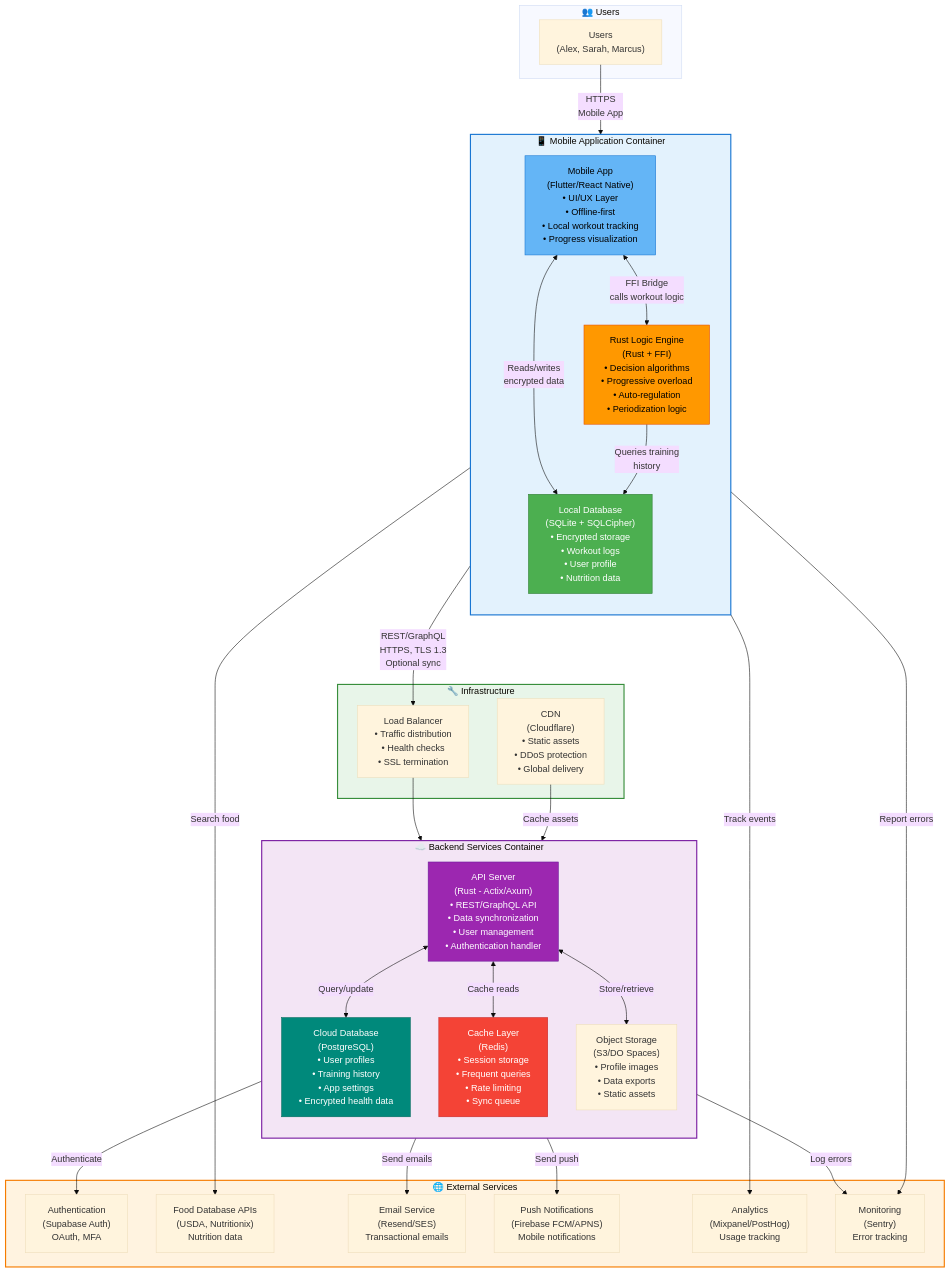
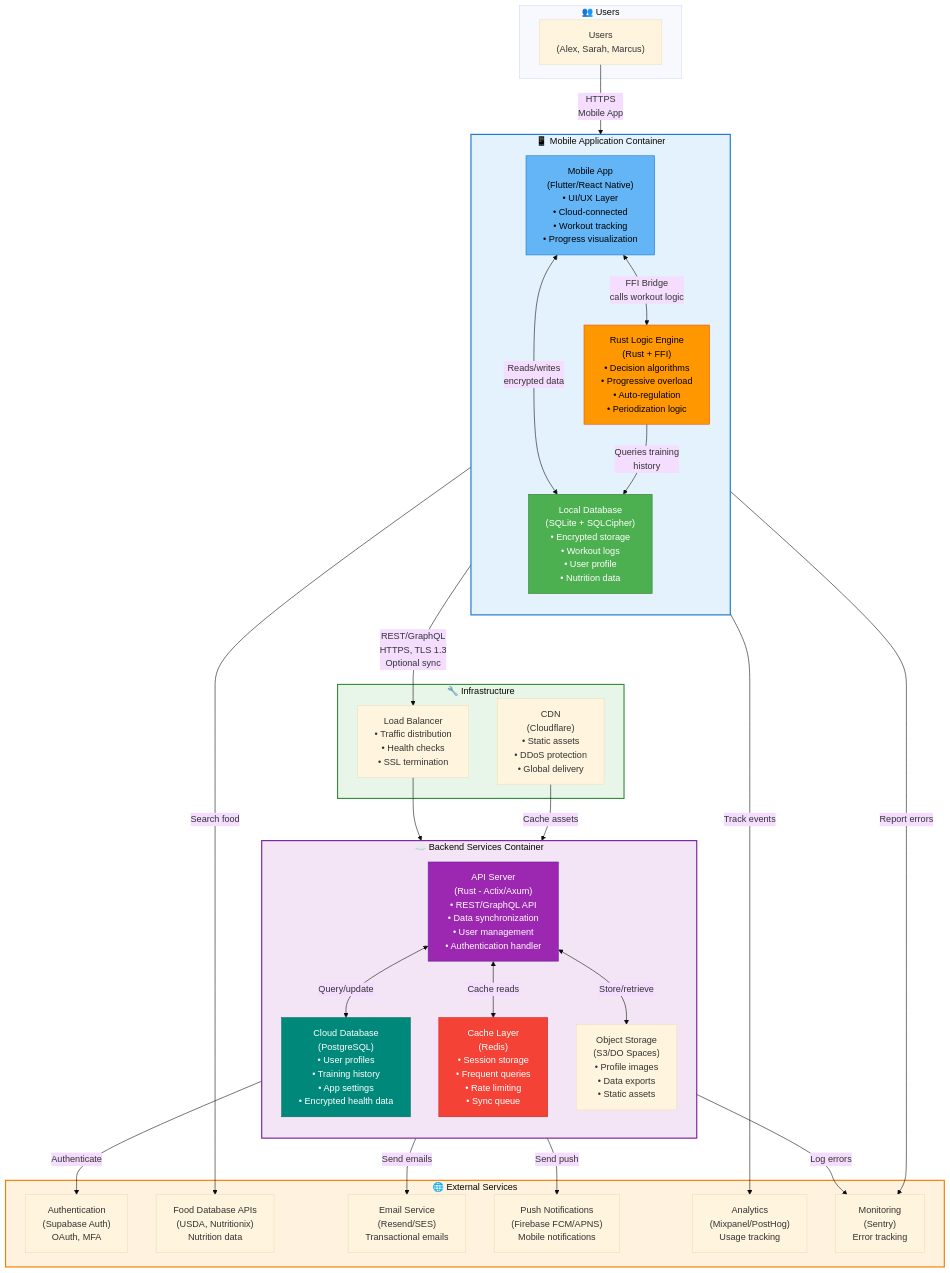
The second of 5 diagrams in docs/ARCHITECTURE_UML_C4_MODEL.md (Eip-LiftUp/LiftUp-EIP), drawn with Mermaid (base theme) before and after one commit. The commit also changed other lines of this file, not shown here.

Commit message:
Doc : Refactor architecture to cloud-centric model

````diff
--- a/docs/ARCHITECTURE_UML_C4_MODEL.md
+++ b/docs/ARCHITECTURE_UML_C4_MODEL.md
@@ -157,82 +157,82 @@
 ```mermaid
 graph TB
     subgraph Users["👥 Users"]
         User["Users<br/>(Alex, Sarah, Marcus)"]
     end
     
     subgraph Mobile["📱 Mobile Application Container"]
         direction TB
-        MobileApp["Mobile App<br/>(Flutter/React Native)<br/>• UI/UX Layer<br/>• Offline-first<br/>• Local workout tracking<br/>• Progress visualization"]
+        MobileApp["Mobile App<br/>(Flutter/React Native)<br/>• UI/UX Layer<br/>• Cloud-connected<br/>• Workout tracking<br/>• Progress visualization"]
         
         RustEngine["Rust Logic Engine<br/>(Rust + FFI)<br/>• Decision algorithms<br/>• Progressive overload<br/>• Auto-regulation<br/>• Periodization logic"]
         
         LocalDB["Local Database<br/>(SQLite + SQLCipher)<br/>• Encrypted storage<br/>• Workout logs<br/>• User profile<br/>• Nutrition data"]
         
         MobileApp <-->|"FFI Bridge<br/>calls workout logic"| RustEngine
         MobileApp <-->|"Reads/writes<br/>encrypted data"| LocalDB
         RustEngine -->|"Queries training<br/>history"| LocalDB
     end
     
     subgraph Backend["☁️ Backend Services Container"]
         direction TB
         API["API Server<br/>(Rust - Actix/Axum)<br/>• REST/GraphQL API<br/>• Data synchronization<br/>• User management<br/>• Authentication handler"]
         
         CloudDB["Cloud Database<br/>(PostgreSQL)<br/>• User profiles<br/>• Training history<br/>• App settings<br/>• Encrypted health data"]
         
         Cache["Cache Layer<br/>(Redis)<br/>• Session storage<br/>• Frequent queries<br/>• Rate limiting<br/>• Sync queue"]
         
         Storage["Object Storage<br/>(S3/DO Spaces)<br/>• Profile images<br/>• Data exports<br/>• Static assets"]
         
         API <-->|"Query/update"| CloudDB
         API <-->|"Cache reads"| Cache
         API <-->|"Store/retrieve"| Storage
     end
     
     subgraph External["🌐 External Services"]
         AuthService["Authentication<br/>(Supabase Auth)<br/>OAuth, MFA"]
         
         FoodAPI["Food Database APIs<br/>(USDA, Nutritionix)<br/>Nutrition data"]
         
         EmailService["Email Service<br/>(Resend/SES)<br/>Transactional emails"]
         
         PushService["Push Notifications<br/>(Firebase FCM/APNS)<br/>Mobile notifications"]
         
         AnalyticsService["Analytics<br/>(Mixpanel/PostHog)<br/>Usage tracking"]
         
         MonitoringService["Monitoring<br/>(Sentry)<br/>Error tracking"]
     end
     
     subgraph Infrastructure["🔧 Infrastructure"]
         CDN["CDN<br/>(Cloudflare)<br/>• Static assets<br/>• DDoS protection<br/>• Global delivery"]
         
         LoadBalancer["Load Balancer<br/>• Traffic distribution<br/>• Health checks<br/>• SSL termination"]
     end
     
     User -->|"HTTPS<br/>Mobile App"| MobileApp
     
     MobileApp -->|"REST/GraphQL<br/>HTTPS, TLS 1.3<br/>Optional sync"| LoadBalancer
     LoadBalancer --> API
     
     MobileApp -->|"Search food"| FoodAPI
     MobileApp -->|"Track events"| AnalyticsService
     MobileApp -->|"Report errors"| MonitoringService
     
     API -->|"Authenticate"| AuthService
     API -->|"Send emails"| EmailService
     API -->|"Send push"| PushService
     API -->|"Log errors"| MonitoringService
     
     CDN -->|"Cache assets"| API
     
     style Mobile fill:#E3F2FD,stroke:#1976D2,stroke-width:2px
     style Backend fill:#F3E5F5,stroke:#7B1FA2,stroke-width:2px
     style External fill:#FFF3E0,stroke:#F57C00,stroke-width:2px
     style Infrastructure fill:#E8F5E9,stroke:#388E3C,stroke-width:2px
     
     style MobileApp fill:#64B5F6,stroke:#1976D2,color:#000
     style RustEngine fill:#FF9800,stroke:#E65100,color:#000
     style LocalDB fill:#4CAF50,stroke:#2E7D32,color:#fff
     style API fill:#9C27B0,stroke:#6A1B9A,color:#fff
     style CloudDB fill:#00897B,stroke:#00695C,color:#fff
     style Cache fill:#F44336,stroke:#C62828,color:#fff
 ```
````
